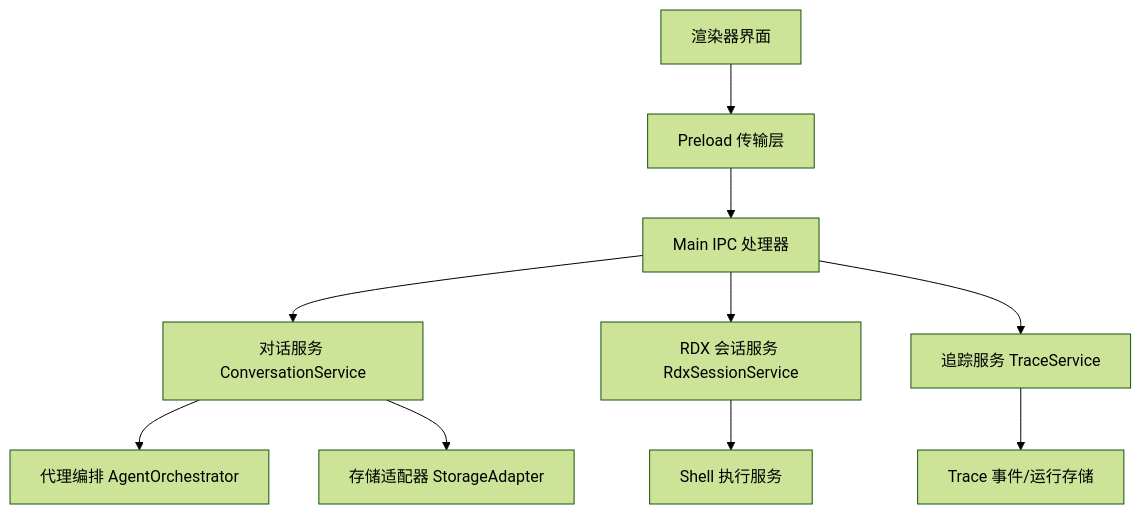
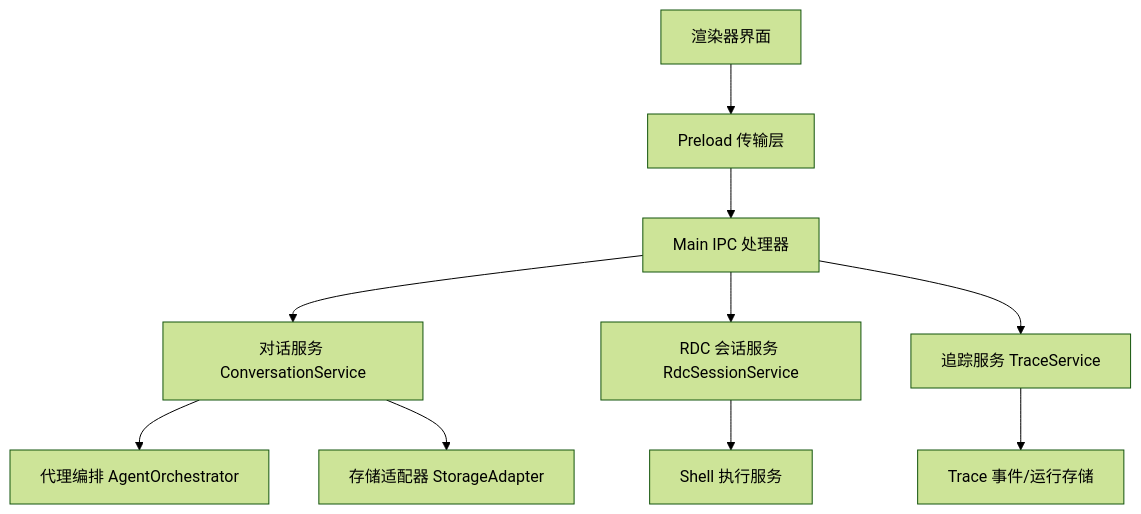
One commit to haolange/RDC-Agent changed the first of 10 diagrams in .qoder/repowiki/zh/content/架构设计/数据流设计.md. Above: the diagram before and after it, drawn with Mermaid (forest theme). The commit also changed other lines of this file and 557 other files, not shown here.

````diff
--- a/.qoder/repowiki/zh/content/架构设计/数据流设计.md
+++ b/.qoder/repowiki/zh/content/架构设计/数据流设计.md
@@ -41,12 +41,12 @@
 ```mermaid
 graph TB
 UI["渲染器界面"] --> Preload["Preload 传输层"]
 Preload --> IPC["Main IPC 处理器"]
 IPC --> Conv["对话服务 ConversationService"]
-IPC --> RDX["RDX 会话服务 RdxSessionService"]
+IPC --> RDC["RDC 会话服务 RdcSessionService"]
 IPC --> Trace["追踪服务 TraceService"]
 Conv --> Orchestrator["代理编排 AgentOrchestrator"]
 Conv --> Store["存储适配器 StorageAdapter"]
-RDX --> Shell["Shell 执行服务"]
+RDC --> Shell["Shell 执行服务"]
 Trace --> Stores["Trace 事件/运行存储"]
 ```
````
